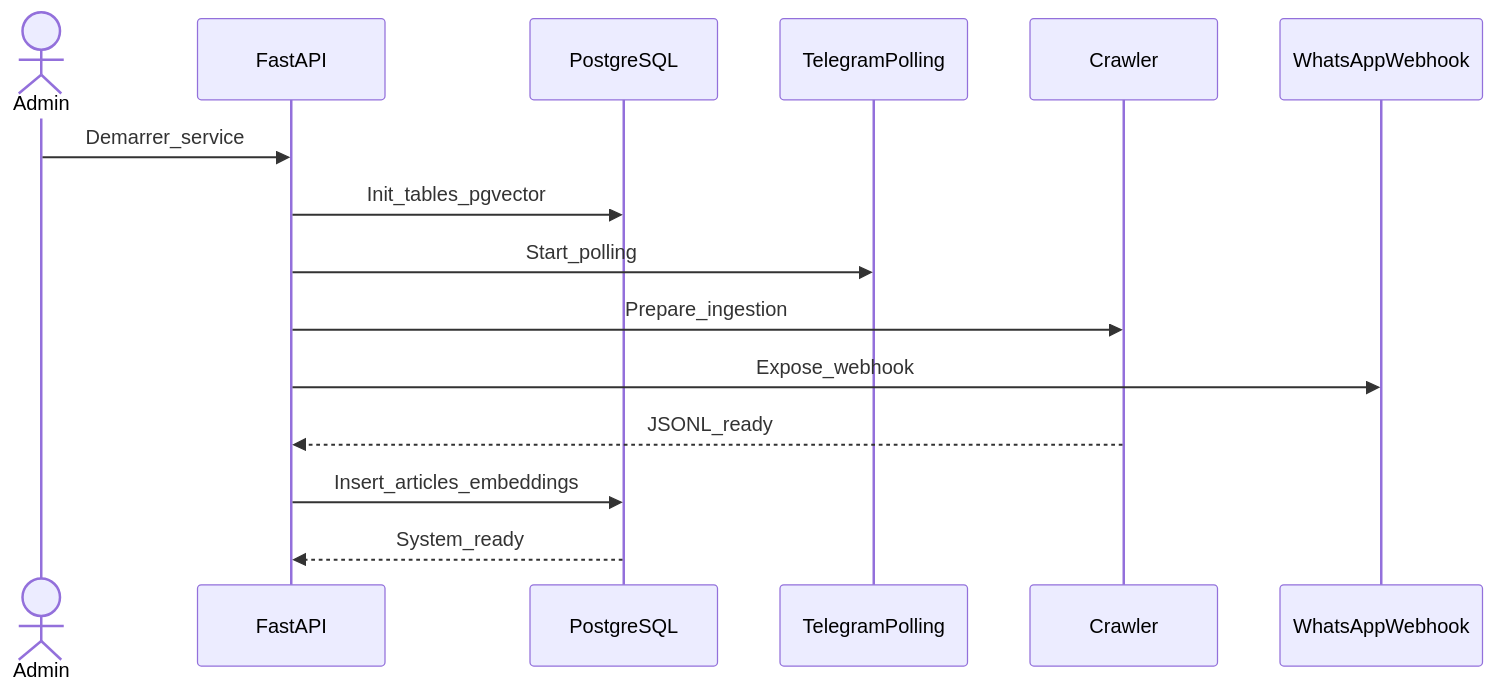
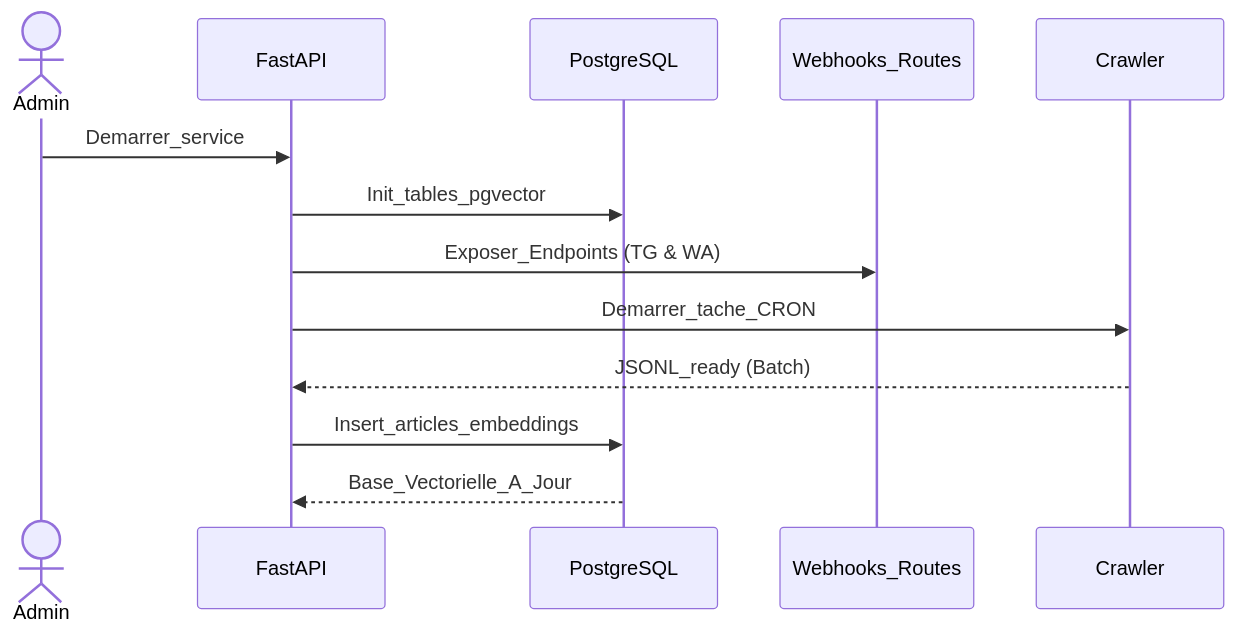
Before and after one commit to rooneyi/rdc-news-intelligence: the third of 9 diagrams in ai-service/docs/Chapitre_3_Redaction.md, drawn with Mermaid. The commit also changed other lines of this file and 19 other files, not shown here.

````diff
--- a/ai-service/docs/Chapitre_3_Redaction.md
+++ b/ai-service/docs/Chapitre_3_Redaction.md
@@ -102,18 +162,16 @@
 ```mermaid
 sequenceDiagram
     actor Admin
     participant API as FastAPI
     participant DB as PostgreSQL
-    participant TG as TelegramPolling
+    participant WH as Webhooks_Routes
     participant CR as Crawler
-    participant WA as WhatsAppWebhook
 
     Admin->>API: Demarrer_service
     API->>DB: Init_tables_pgvector
-    API->>TG: Start_polling
-    API->>CR: Prepare_ingestion
-    API->>WA: Expose_webhook
-    CR-->>API: JSONL_ready
+    API->>WH: Exposer_Endpoints (TG & WA)
+    API->>CR: Demarrer_tache_CRON
+    CR-->>API: JSONL_ready (Batch)
     API->>DB: Insert_articles_embeddings
-    DB-->>API: System_ready
+    DB-->>API: Base_Vectorielle_A_Jour
 ```
````
